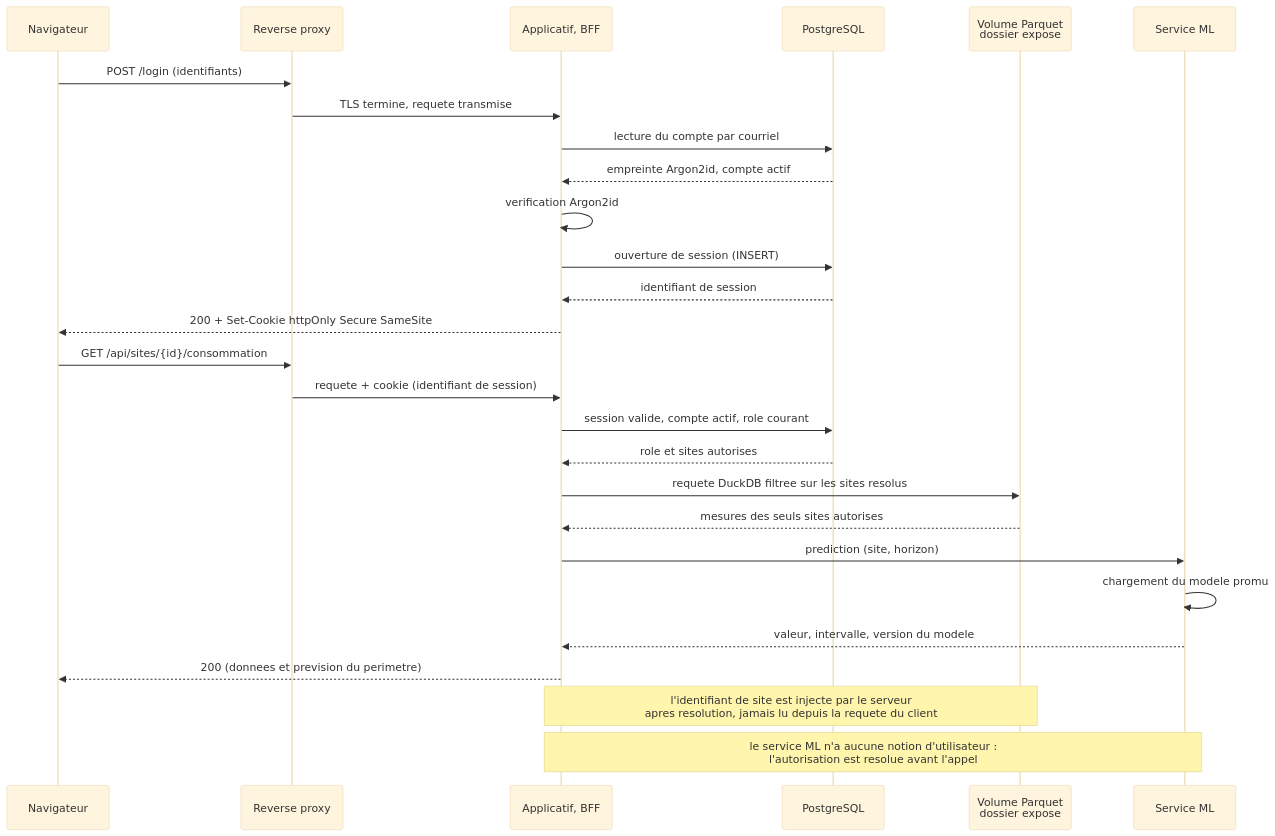
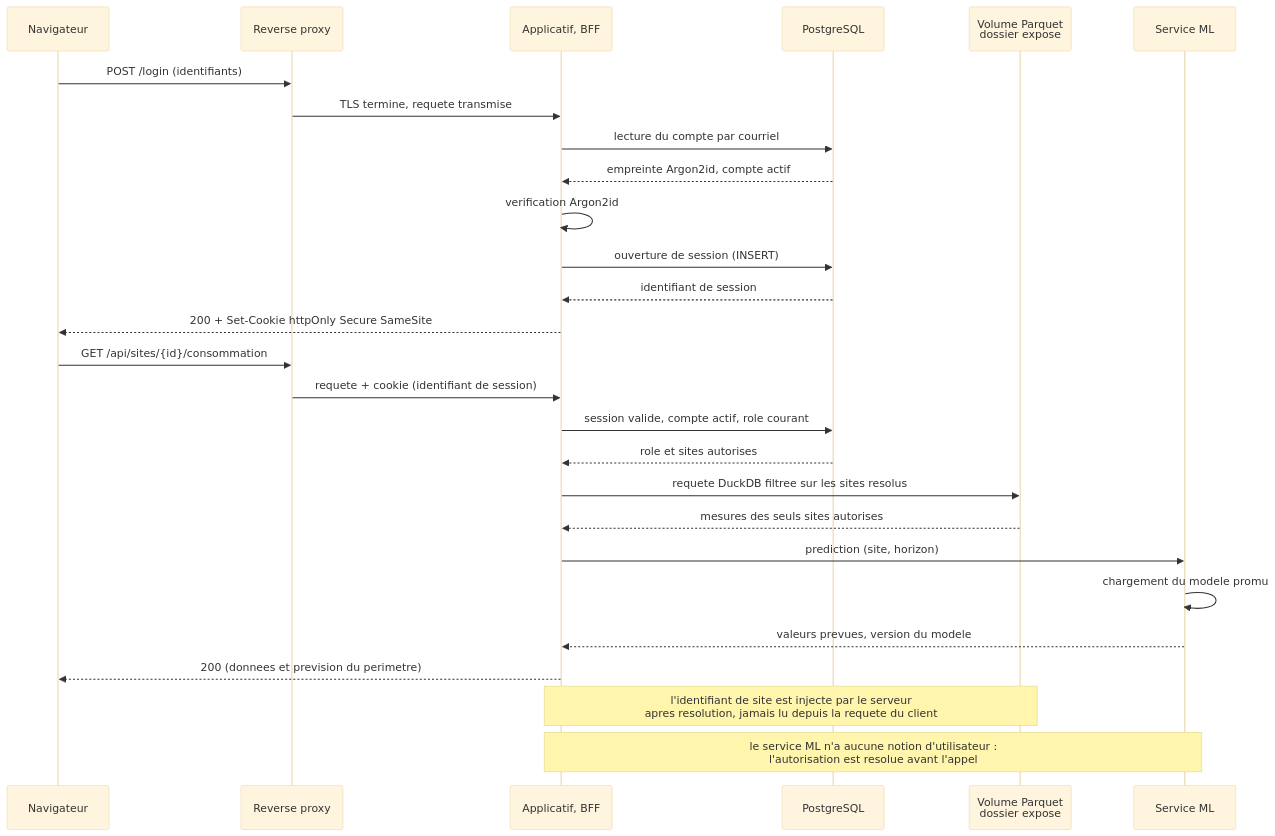
Before and after one commit to AlexRovere/smart-energy-optimizer: the fourth of 4 diagrams in docs/architecture.md, drawn with Mermaid (base theme). The commit also changed other lines of this file and 3 other files, not shown here.

````diff
--- a/docs/architecture.md
+++ b/docs/architecture.md
@@ -124,32 +124,32 @@
 ```mermaid
 sequenceDiagram
     participant N as Navigateur
     participant P as Reverse proxy
     participant B as Applicatif, BFF
     participant D as PostgreSQL
     participant V as Volume Parquet<br/>dossier expose
     participant M as Service ML
 
     N->>P: POST /login (identifiants)
     P->>B: TLS termine, requete transmise
     B->>D: lecture du compte par courriel
     D-->>B: empreinte Argon2id, compte actif
     B->>B: verification Argon2id
     B->>D: ouverture de session (INSERT)
     D-->>B: identifiant de session
     B-->>N: 200 + Set-Cookie httpOnly Secure SameSite
 
     N->>P: GET /api/sites/{id}/consommation
     P->>B: requete + cookie (identifiant de session)
     B->>D: session valide, compte actif, role courant
     D-->>B: role et sites autorises
     B->>V: requete DuckDB filtree sur les sites resolus
     V-->>B: mesures des seuls sites autorises
     B->>M: prediction (site, horizon)
     M->>M: chargement du modele promu
-    M-->>B: valeur, intervalle, version du modele
+    M-->>B: valeurs prevues, version du modele
     B-->>N: 200 (donnees et prevision du perimetre)
 
     Note over B,V: l'identifiant de site est injecte par le serveur<br/>apres resolution, jamais lu depuis la requete du client
     Note over B,M: le service ML n'a aucune notion d'utilisateur :<br/>l'autorisation est resolue avant l'appel
 ```
````
